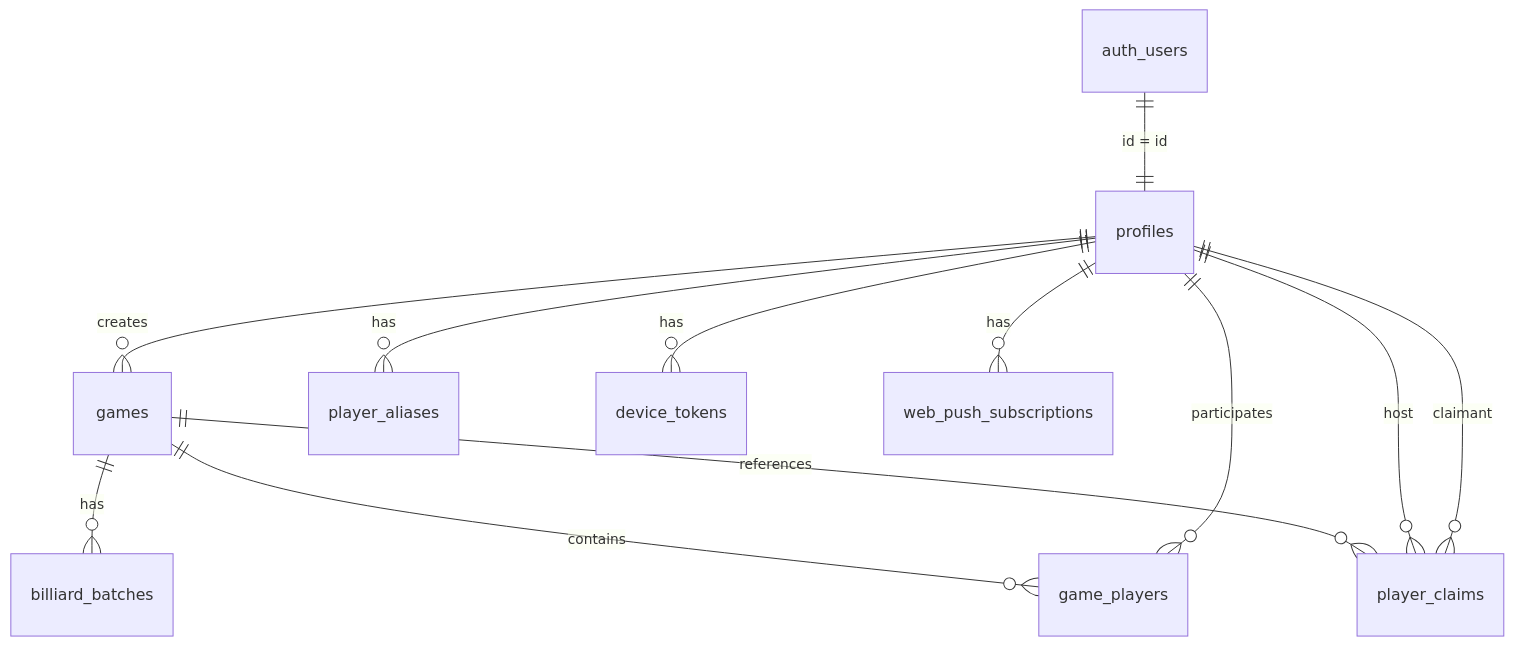
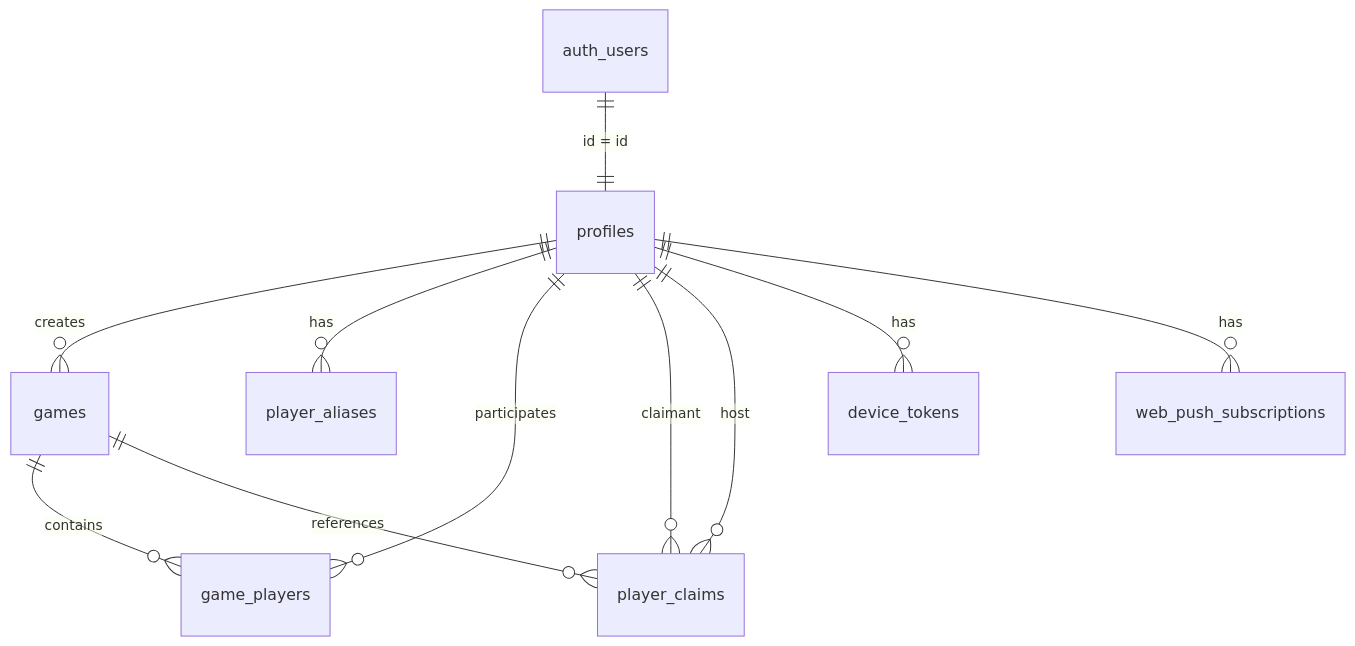
Before and after one commit to NicolasSev/gamesCheck: the first of 3 diagrams in docs/DATA_DIAGRAM.md, drawn with Mermaid. The commit also changed other lines of this file and 51 other files, not shown here.

First line of the commit message:
feat(ios): вкладка Range Chart, удаление бильярда, синхронизация

````diff
--- a/docs/DATA_DIAGRAM.md
+++ b/docs/DATA_DIAGRAM.md
@@ -11,14 +13,13 @@
 ```mermaid
 erDiagram
     auth_users ||--|| profiles : "id = id"
     profiles ||--o{ games : creates
     profiles ||--o{ player_aliases : has
     profiles ||--o{ game_players : participates
     games ||--o{ game_players : contains
-    games ||--o{ billiard_batches : has
     profiles ||--o{ player_claims : "claimant"
     profiles ||--o{ player_claims : "host"
     games ||--o{ player_claims : references
     profiles ||--o{ device_tokens : has
     profiles ||--o{ web_push_subscriptions : has
 ```
````
